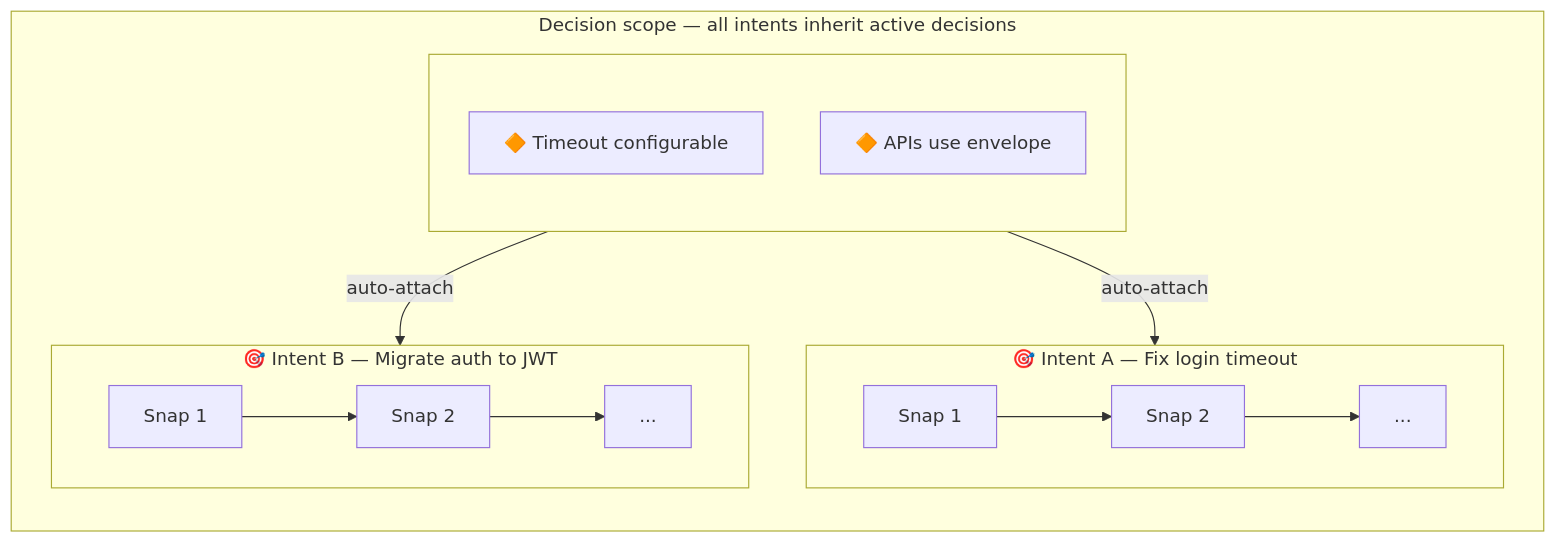
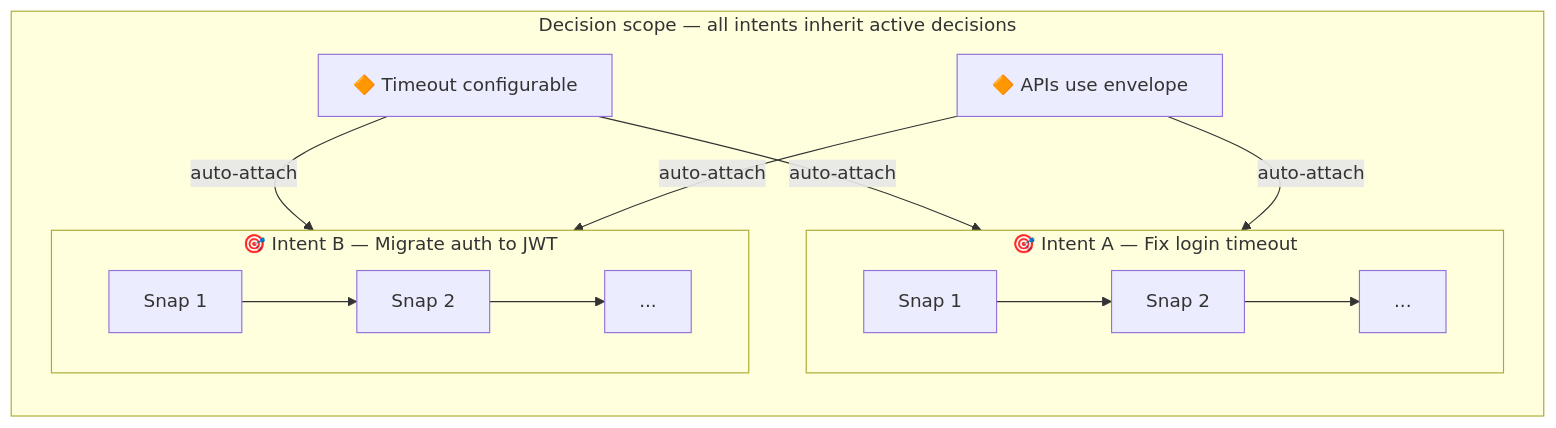
One commit to dozybot001/Intent changed the second of 2 diagrams in README.md. Above: the diagram before and after it, drawn with Mermaid. The commit also changed 1 other file, not shown here.

Commit message:
Flatten Decision nodes for proper vertical stacking in LR layout
Remove nested Decisions subgraph (GitHub ignores direction TB in
3-level nesting). D1/D2 as loose nodes with outgoing edges to both
Intents — layout engine places them left, stacked vertically.

````diff
--- a/README.md
+++ b/README.md
@@ -56,23 +56,20 @@
 ```mermaid
 flowchart LR
   subgraph Scope["Decision scope — all intents inherit active decisions"]
-    subgraph Decisions[" "]
-      direction TB
-      D1["🔶 Timeout configurable"]
-      D2["🔶 APIs use envelope"]
-    end
+    D1["🔶 Timeout configurable"]
+    D2["🔶 APIs use envelope"]
 
     subgraph IntentA["🎯 Intent A — Fix login timeout"]
-      direction LR
       S1["Snap 1"] --> S2["Snap 2"] --> S3["..."]
     end
 
     subgraph IntentB["🎯 Intent B — Migrate auth to JWT"]
-      direction LR
       S4["Snap 1"] --> S5["Snap 2"] --> S6["..."]
     end
   end
 
   D1 -- auto-attach --> IntentA
+  D2 -- auto-attach --> IntentA
   D1 -- auto-attach --> IntentB
+  D2 -- auto-attach --> IntentB
 ```
````
